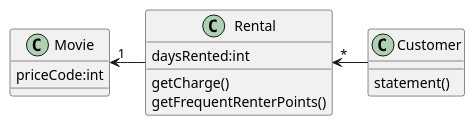
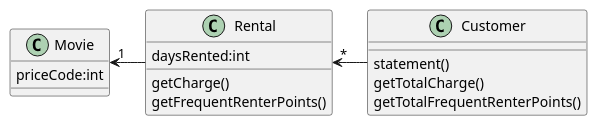
The second of 3 diagrams in docs/src/refacotring.md (k2works/etude_for_java), drawn with PlantUML before and after one commit. The commit also changed other lines of this file and 7 other files, not shown here.

````diff
--- a/docs/src/refacotring.md
+++ b/docs/src/refacotring.md
@@ -44,15 +44,17 @@
 ```puml
 class Movie {
   priceCode:int
 }
 class Rental {
   daysRented:int
   getCharge()
   getFrequentRenterPoints()
 }
 class Customer {
   statement()
+  getTotalCharge()
+  getTotalFrequentRenterPoints()
 }
 Movie "1"<- Rental
 Rental "*"<- Customer
 ```
````
